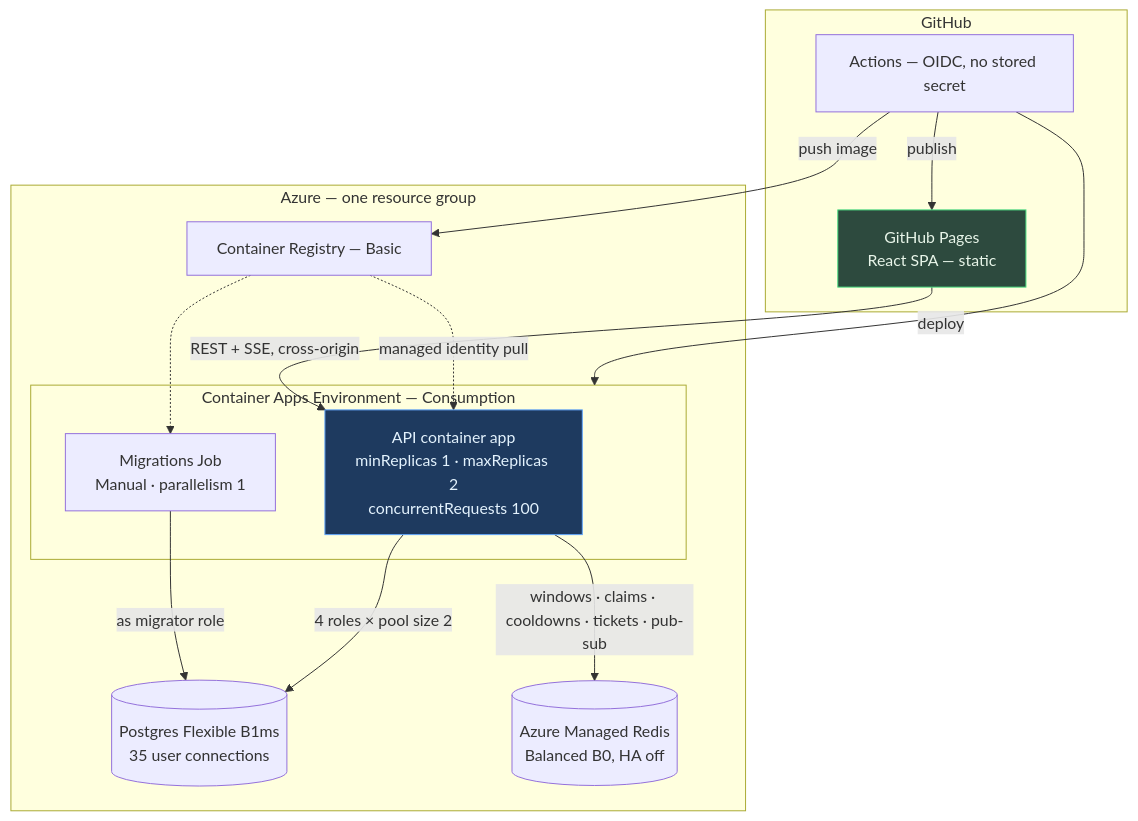
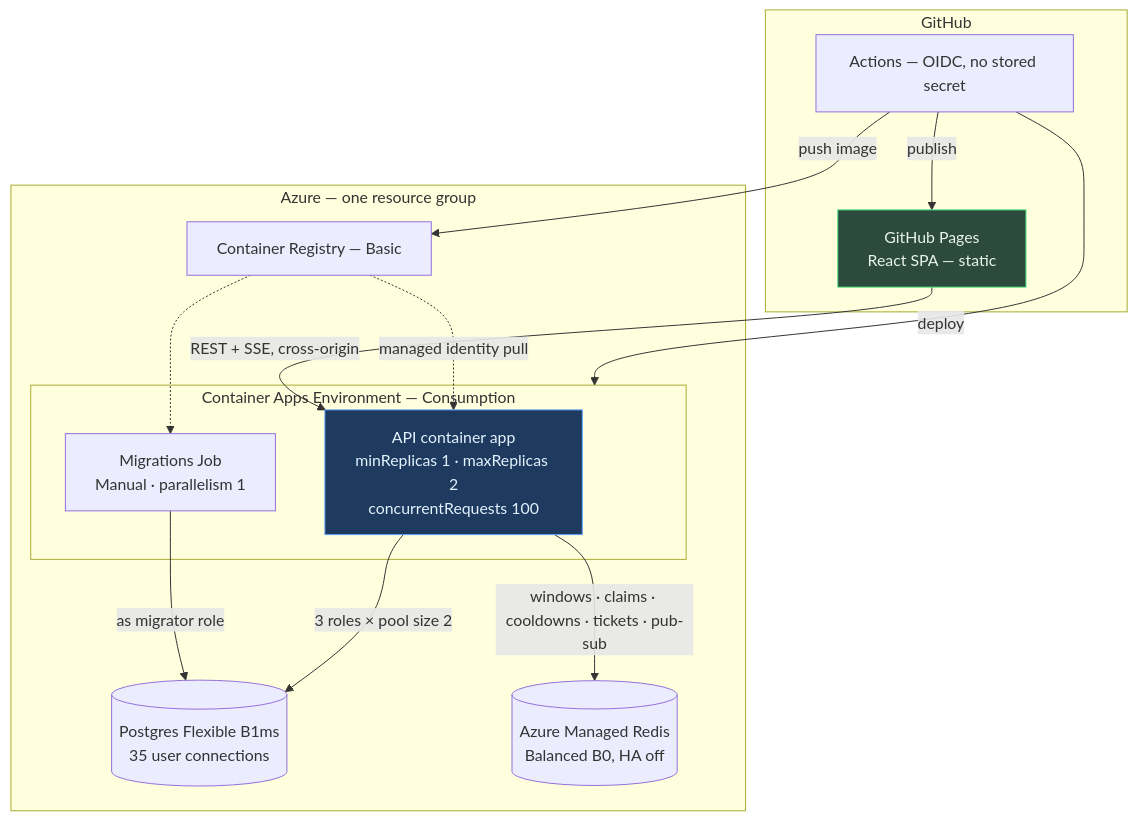
One commit to Dilicidum/StockPortfolio changed the fourth of 4 diagrams in docs/plan/module-interactions.md. Above: the diagram before and after it, drawn with Mermaid. The commit also changed other lines of this file and 97 other files, not shown here.

````diff
--- a/docs/plan/module-interactions.md
+++ b/docs/plan/module-interactions.md
@@ -168,30 +190,30 @@
 ```mermaid
 flowchart TB
     subgraph GH["GitHub"]
         Pages["GitHub Pages<br/>React SPA — static"]
         GA["Actions — OIDC, no stored secret"]
     end
 
     subgraph AZ["Azure — one resource group"]
         ACR["Container Registry — Basic"]
         subgraph ENV["Container Apps Environment — Consumption"]
             API["API container app<br/>minReplicas 1 · maxReplicas 2<br/>concurrentRequests 100"]
             JOB["Migrations Job<br/>Manual · parallelism 1"]
         end
         PG[("Postgres Flexible B1ms<br/>35 user connections")]
         RD[("Azure Managed Redis<br/>Balanced B0, HA off")]
     end
 
     Pages -->|"REST + SSE, cross-origin"| API
     GA -->|push image| ACR
     GA -->|deploy| ENV
     GA -->|publish| Pages
     ACR -.->|"managed identity pull"| API
     ACR -.-> JOB
     JOB -->|"as migrator role"| PG
-    API -->|"4 roles × pool size 2"| PG
+    API -->|"3 roles × pool size 2"| PG
     API -->|"windows · claims · cooldowns · tickets · pub-sub"| RD
 
     style Pages fill:#2d4a3e,stroke:#4ade80,color:#e8f5e9
     style API fill:#1e3a5f,stroke:#60a5fa,color:#e3f2fd
 ```
````
